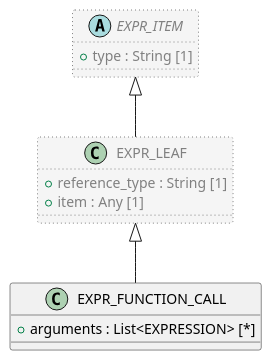
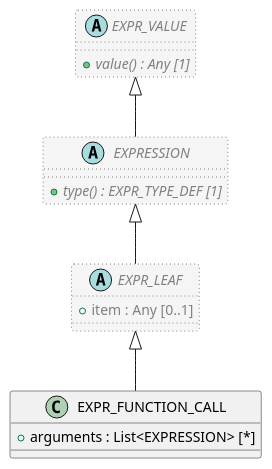
One commit to sebastian-iancu/code-generator changed the diagram in code/Adoc/openehr_lang_1.1.0/plantUML/classes/org.openehr.lang.beom.expr_function_call.adoc. Above: the diagram before and after it, drawn with PlantUML. The commit also changed 719 other files, not shown here.

```diff
--- a/code/Adoc/openehr_lang_1.1.0/plantUML/classes/org.openehr.lang.beom.expr_function_call.adoc
+++ b/code/Adoc/openehr_lang_1.1.0/plantUML/classes/org.openehr.lang.beom.expr_function_call.adoc
@@ -1,24 +1,29 @@
 [plantuml,EXPR_FUNCTION_CALL,format=svg,svg-type="inline"]
 -----
 @startuml
 
 class EXPR_FUNCTION_CALL {
   + arguments : List<EXPRESSION> [*]
 }
 
-class EXPR_LEAF  #whitesmoke;line:gray;line.dotted;text:gray {
-  + reference_type : String [1]
-  + item : Any [1]
+abstract class EXPR_LEAF  #whitesmoke;line:gray;line.dotted;text:gray {
+  + item : Any [0..1]
 }
 
-abstract class EXPR_ITEM  #whitesmoke;line:gray;line.dotted;text:gray {
-  + type : String [1]
+abstract class EXPRESSION  #whitesmoke;line:gray;line.dotted;text:gray {
+  + {abstract} type() : EXPR_TYPE_DEF [1]
 }
 
-EXPR_ITEM <|-- EXPR_LEAF
+abstract class EXPR_VALUE  #whitesmoke;line:gray;line.dotted;text:gray {
+  + {abstract} value() : Any [1]
+}
+
+EXPR_VALUE <|-- EXPRESSION
+
+EXPRESSION <|-- EXPR_LEAF
 
 EXPR_LEAF <|-- EXPR_FUNCTION_CALL
 
 
 @enduml
 -----
```
